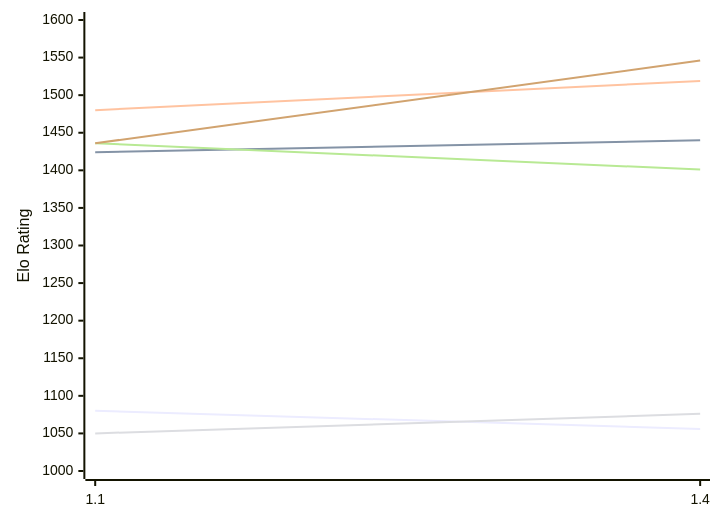
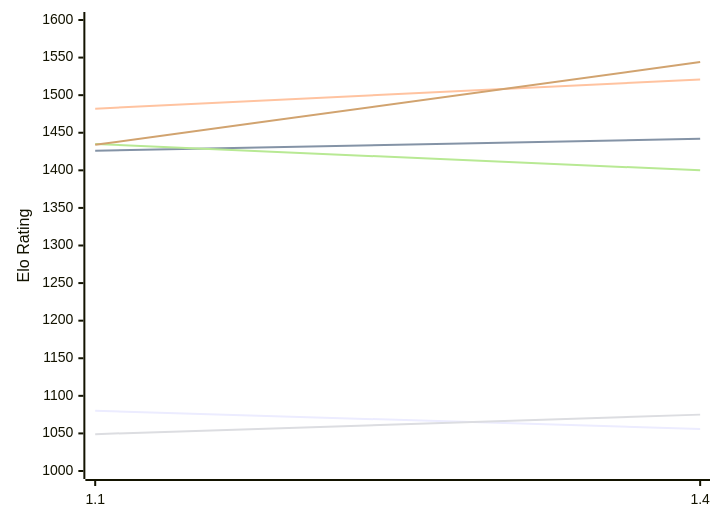
One commit to computer-chess-index/cci changed the first of 2 diagrams in engines/USunfish.md. Above: the diagram before and after it, drawn with Mermaid. The commit also changed other lines of this file, not shown here.

Commit message:
Update CCI Ratings (ELO VLTC) - 2026-11-22

````diff
--- a/engines/USunfish.md
+++ b/engines/USunfish.md
@@ -50,12 +50,12 @@
 ```mermaid
 %%{init: {"theme":"base","themeVariables":{"seriesColors:['#a3a3a3','#222221','#faa371']}}}%%
 xychart-beta
   x-axis ["1.1", "1.4"]
   y-axis "Elo Rating" 1000 --> 1600
   line "E1: STC (8.0+0.08s)" [1080, 1056]
-  line "E1: LTC (60.0+0.60s)" [1424, 1440]
-  line "E1: VLTC (2m24s+1.12s)" [1480, 1519]
-  line "P1: STC (8.0+0.08s)" [1050, 1076]
-  line "P1: LTC (60.0+0.60s)" [1436, 1401]
-  line "P1: VLTC (2m24s+1.12s)" [1436, 1546]
+  line "E1: LTC (60.0+0.60s)" [1426, 1442]
+  line "E1: VLTC (2m24s+1.12s)" [1482, 1521]
+  line "P1: STC (8.0+0.08s)" [1049, 1075]
+  line "P1: LTC (60.0+0.60s)" [1435, 1400]
+  line "P1: VLTC (2m24s+1.12s)" [1434, 1544]
 ```
````
